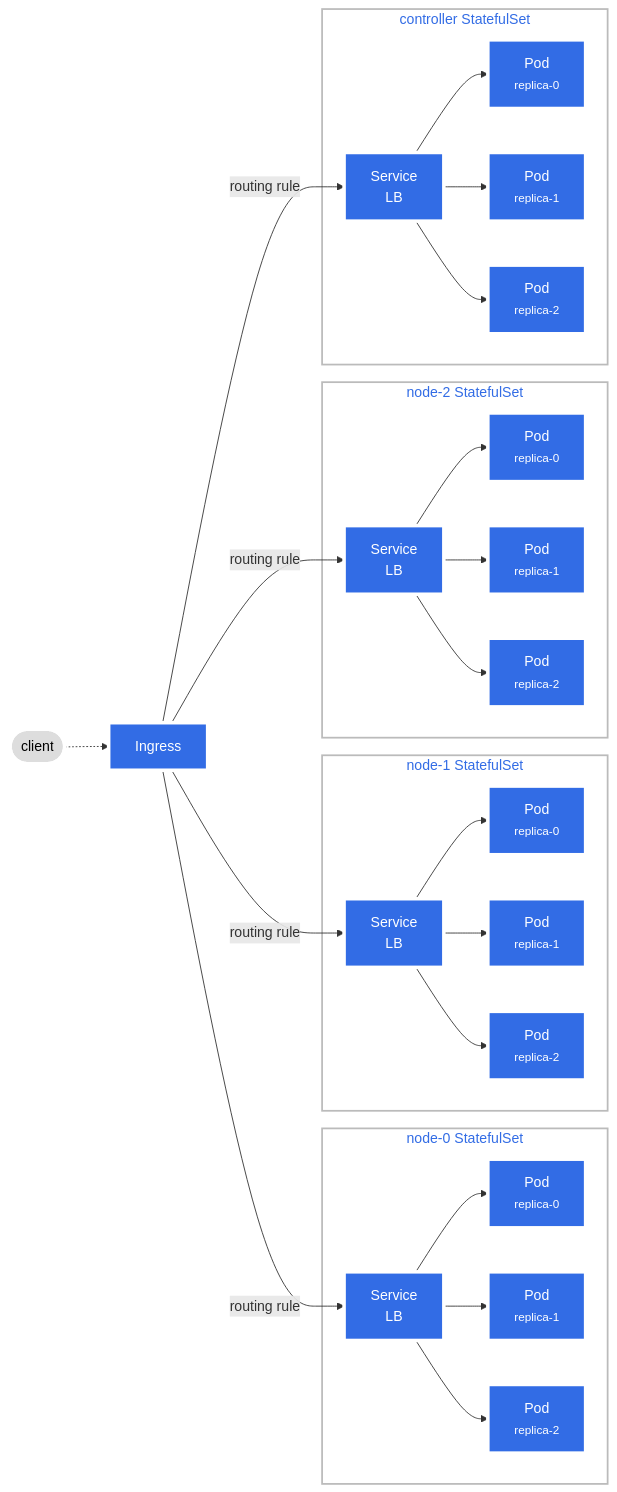
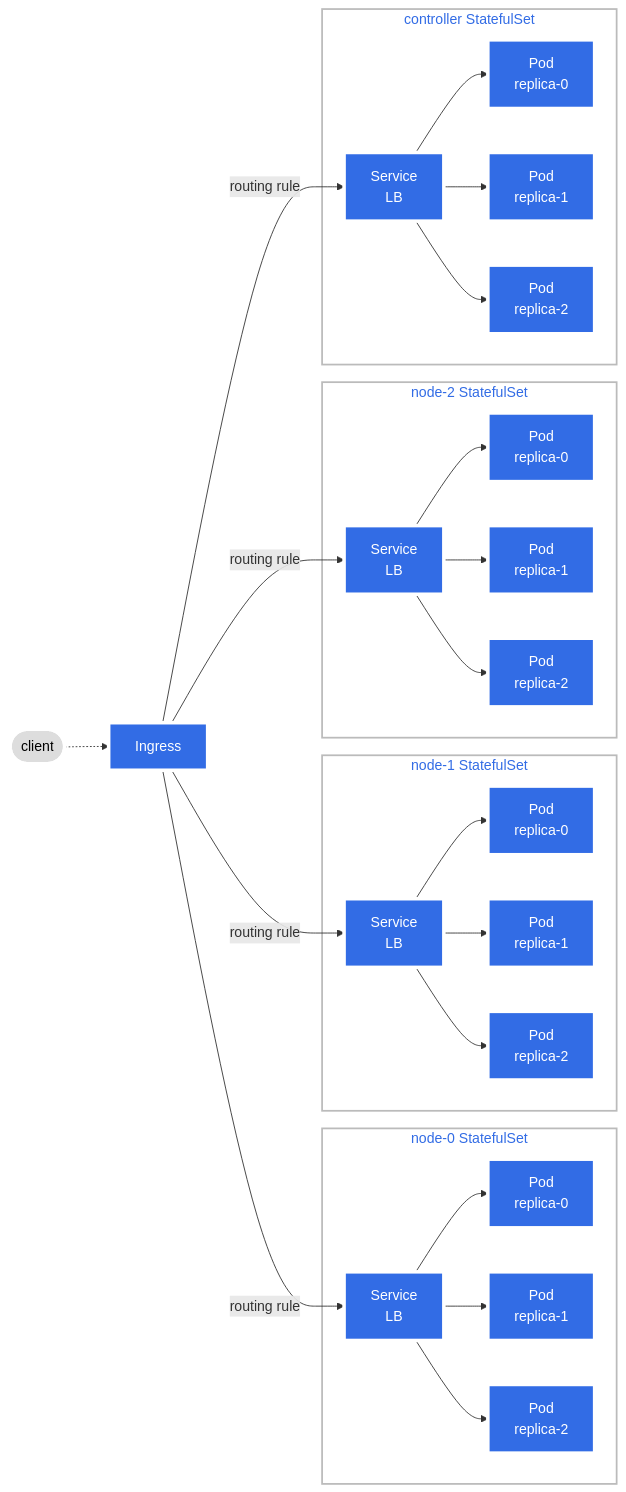
Before and after one commit to CaptainIRS/sharded-kvs: the diagram in README.md, drawn with Mermaid.

````diff
--- a/README.md
+++ b/README.md
@@ -73,34 +73,34 @@
 ```mermaid
 graph LR;
  client([client]).->ingress[Ingress];
  ingress-->|routing rule|service0[Service<br>LB];
  ingress-->|routing rule|service1[Service<br>LB];
  ingress-->|routing rule|service2[Service<br>LB];
  ingress-->|routing rule|servicec[Service<br>LB];
  subgraph node0[node-0 StatefulSet]
- service0-->pod00[Pod<br><small>replica-0</small>];
- service0-->pod01[Pod<br><small>replica-1</small>];
- service0-->pod02[Pod<br><small>replica-2</small>];
+ service0-->pod00[Pod<br>replica-0];
+ service0-->pod01[Pod<br>replica-1];
+ service0-->pod02[Pod<br>replica-2];
  end
  subgraph node1[node-1 StatefulSet]
- service1-->pod10[Pod<br><small>replica-0</small>];
- service1-->pod11[Pod<br><small>replica-1</small>];
- service1-->pod12[Pod<br><small>replica-2</small>];
+ service1-->pod10[Pod<br>replica-0];
+ service1-->pod11[Pod<br>replica-1];
+ service1-->pod12[Pod<br>replica-2];
  end
  subgraph node2[node-2 StatefulSet]
- service2-->pod20[Pod<br><small>replica-0</small>];
- service2-->pod21[Pod<br><small>replica-1</small>];
- service2-->pod22[Pod<br><small>replica-2</small>];
+ service2-->pod20[Pod<br>replica-0];
+ service2-->pod21[Pod<br>replica-1];
+ service2-->pod22[Pod<br>replica-2];
  end
  subgraph controller[controller StatefulSet]
- servicec-->podc0[Pod<br><small>replica-0</small>];
- servicec-->podc1[Pod<br><small>replica-1</small>];
- servicec-->podc2[Pod<br><small>replica-2</small>];
+ servicec-->podc0[Pod<br>replica-0];
+ servicec-->podc1[Pod<br>replica-1];
+ servicec-->podc2[Pod<br>replica-2];
  end
  classDef plain fill:#ddd,stroke:#fff,stroke-width:4px,color:#000;
  classDef k8s fill:#326ce5,stroke:#fff,stroke-width:4px,color:#fff;
  classDef cluster fill:#fff,stroke:#bbb,stroke-width:2px,color:#326ce5;
  class ingress,service0,ingress1,service1,ingress2,service2,servicec,pod01,pod02,pod00,pod11,pod12,pod10,pod21,pod22,pod20,podc0,podc1,podc2 k8s;
  class client plain;
  class node0,node1,node2 cluster;
 ```
````
